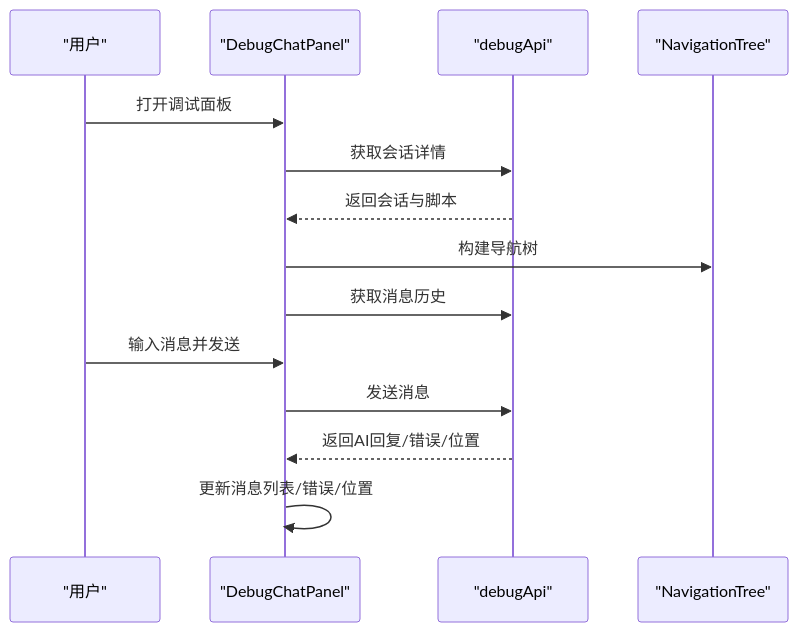
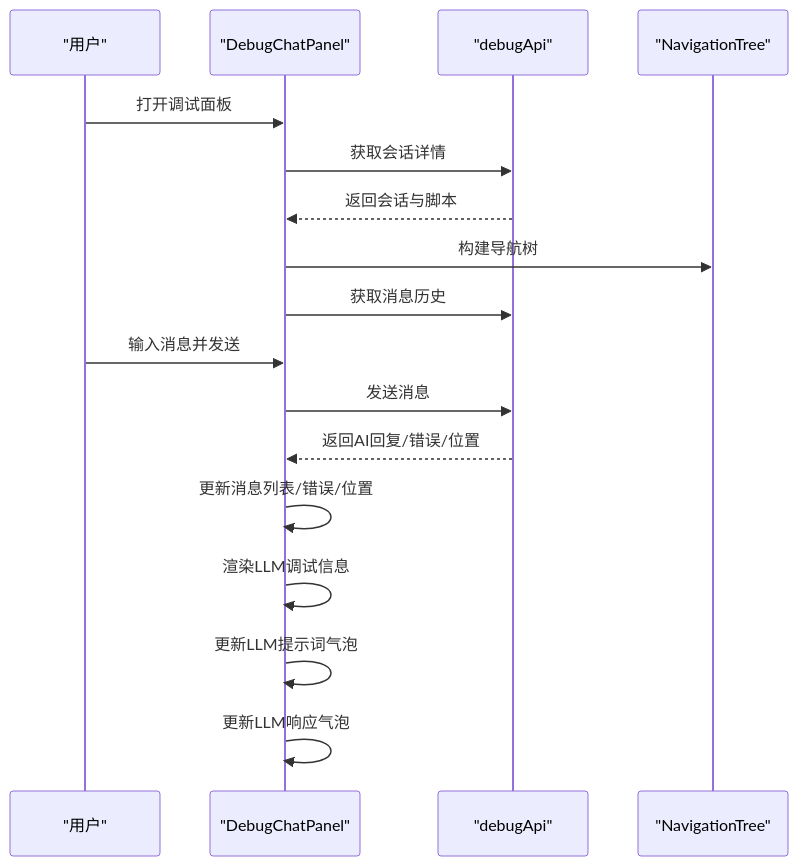
Diagram 12 of 20 in .qoder/repowiki/zh/content/脚本编辑器/脚本编辑器.md (EverettCamus/HeartRule-Qoder), drawn with Mermaid before and after one commit. The commit also changed other lines of this file and 8 other files, not shown here.

````diff
--- a/.qoder/repowiki/zh/content/脚本编辑器/脚本编辑器.md
+++ b/.qoder/repowiki/zh/content/脚本编辑器/脚本编辑器.md
@@ -342,16 +578,19 @@
 ```mermaid
 sequenceDiagram
 participant U as "用户"
 participant DP as "DebugChatPanel"
 participant DBG as "debugApi"
 participant NAV as "NavigationTree"
 U->>DP : 打开调试面板
 DP->>DBG : 获取会话详情
 DBG-->>DP : 返回会话与脚本
 DP->>NAV : 构建导航树
 DP->>DBG : 获取消息历史
 U->>DP : 输入消息并发送
 DP->>DBG : 发送消息
 DBG-->>DP : 返回AI回复/错误/位置
 DP->>DP : 更新消息列表/错误/位置
+DP->>DP : 渲染LLM调试信息
+DP->>DP : 更新LLM提示词气泡
+DP->>DP : 更新LLM响应气泡
 ```
````
